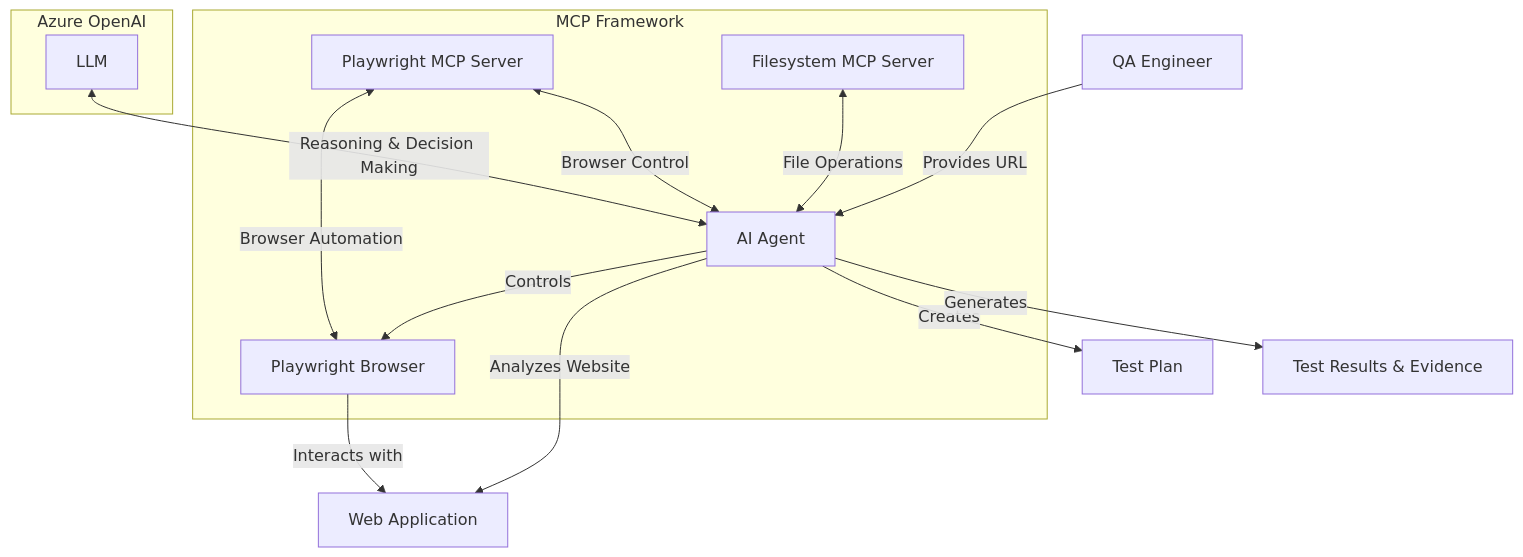
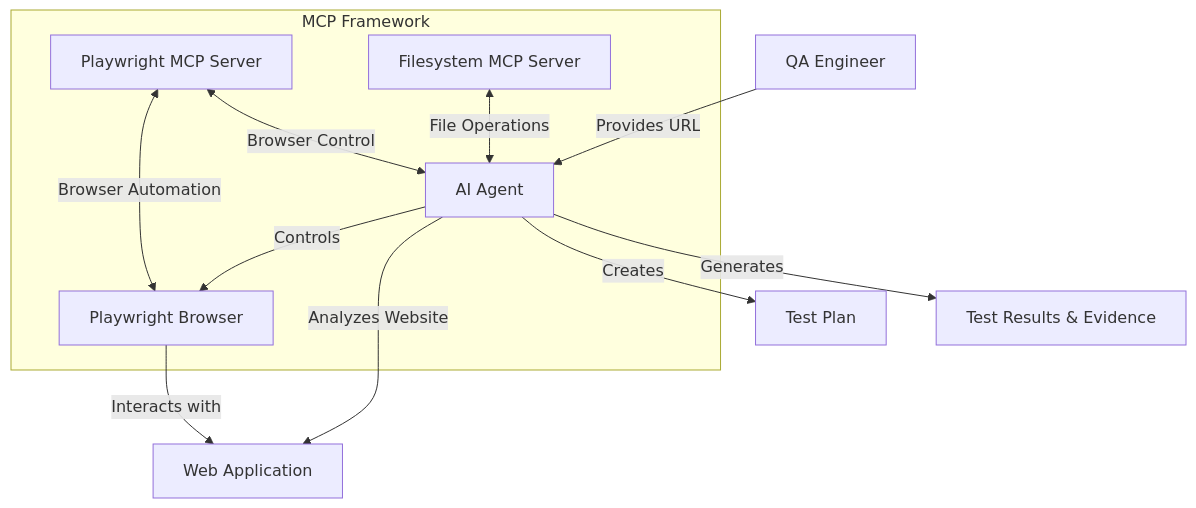
Before and after one commit to sanjay-si/mcp-qa: the diagram in README.md, drawn with Mermaid. The commit also changed other lines of this file and 5 other files, not shown here.

Commit message:
Remove Azure OpenAI support and update codebase for OpenAI/Claude/Gemini/DeepSeek only

````diff
--- a/README.md
+++ b/README.md
@@ -34,19 +34,15 @@
 ```mermaid
 graph TD
     A[QA Engineer] -->|Provides URL| B[AI Agent]
     B -->|Analyzes Website| C[Web Application]
     B -->|Creates| D[Test Plan]
     B -->|Controls| E[Playwright Browser]
     E -->|Interacts with| C
     B -->|Generates| F[Test Results & Evidence]
     
     subgraph "MCP Framework"
         G[Filesystem MCP Server] <-->|File Operations| B
         H[Playwright MCP Server] <-->|Browser Control| B
         H <-->|Browser Automation| E
     end
-    
-    subgraph "Azure OpenAI"
-        I[LLM] <-->|Reasoning & Decision Making| B
-    end
 ```
````
